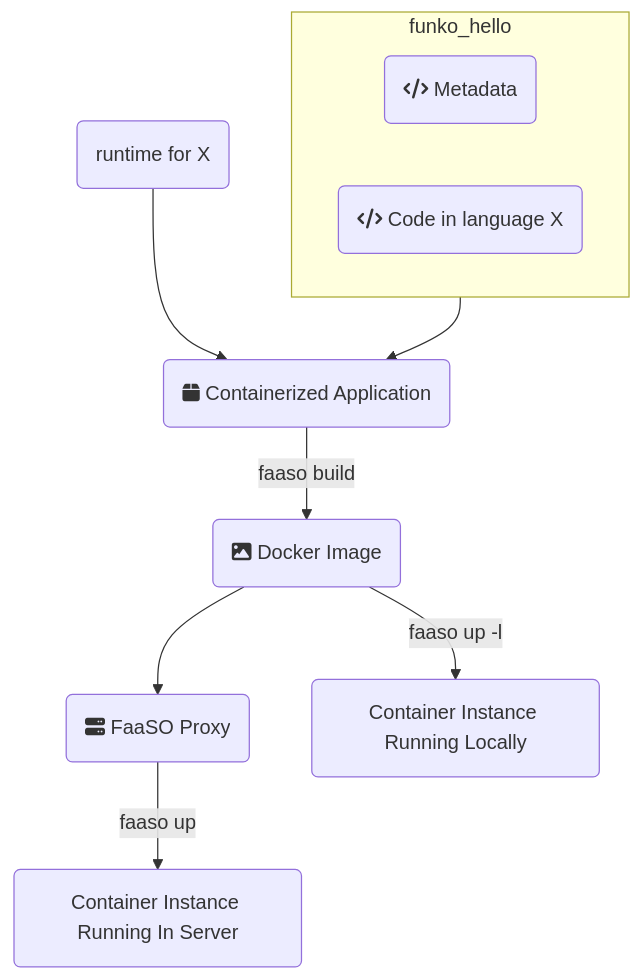
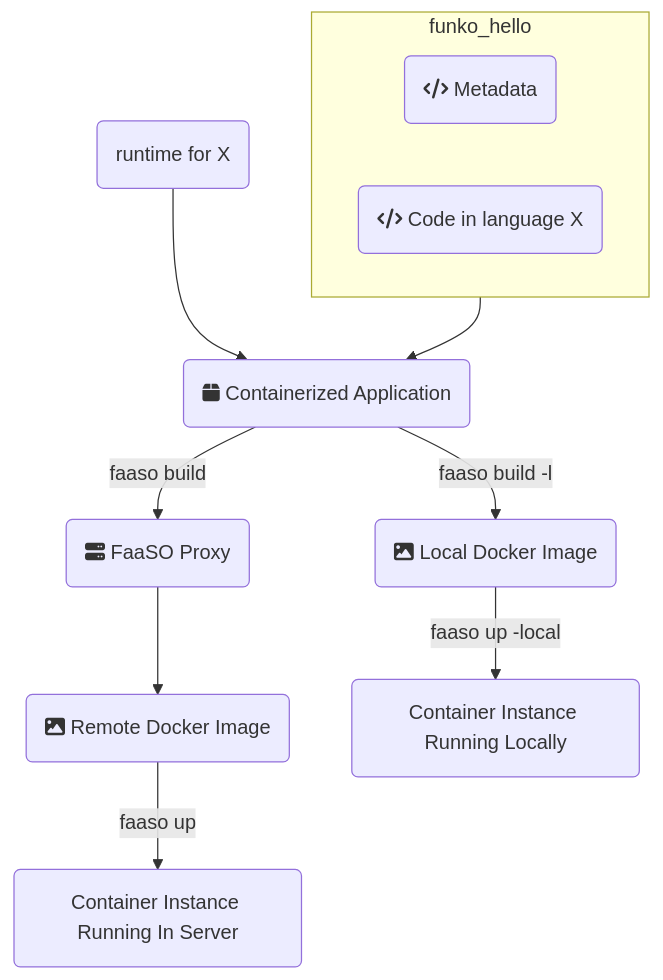
Before and after one commit to ralsina/faaso: the first of 2 diagrams in docs/funkos.md, drawn with Mermaid.

````diff
--- a/docs/funkos.md
+++ b/docs/funkos.md
@@ -19,20 +19,22 @@
 ```mermaid
 flowchart TD
 subgraph funko_hello
   A(fa:fa-code Metadata)
   B(fa:fa-code Code in language X)
 end
 
 R(runtime for X)
 
 C(fa:fa-box Containerized Application)
-D(fa:fa-image Docker Image)
+D1(fa:fa-image Local Docker Image)
+D2(fa:fa-image Remote Docker Image)
 E(fa:fa-server FaaSO Proxy)
 F(Container Instance Running In Server)
 G(Container Instance Running Locally)
 
-funko_hello --> C -- faaso build --> D
+funko_hello --> C -- faaso build -l --> D1
+C -- faaso build --> E --> D2
 R --> C
-D --> E -- faaso up --> F
-D -- faaso up -l --> G
+D2 -- faaso up --> F
+D1 -- faaso up -local --> G
 ```
````
